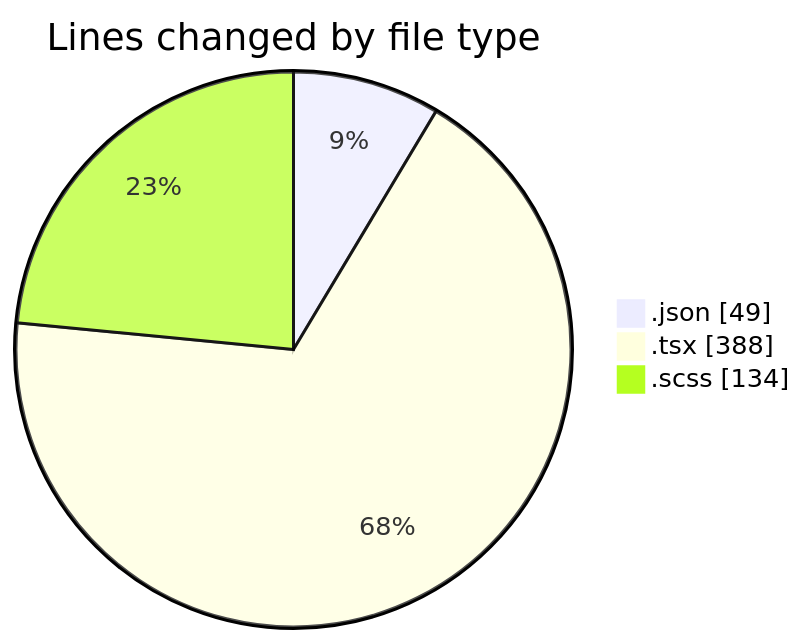
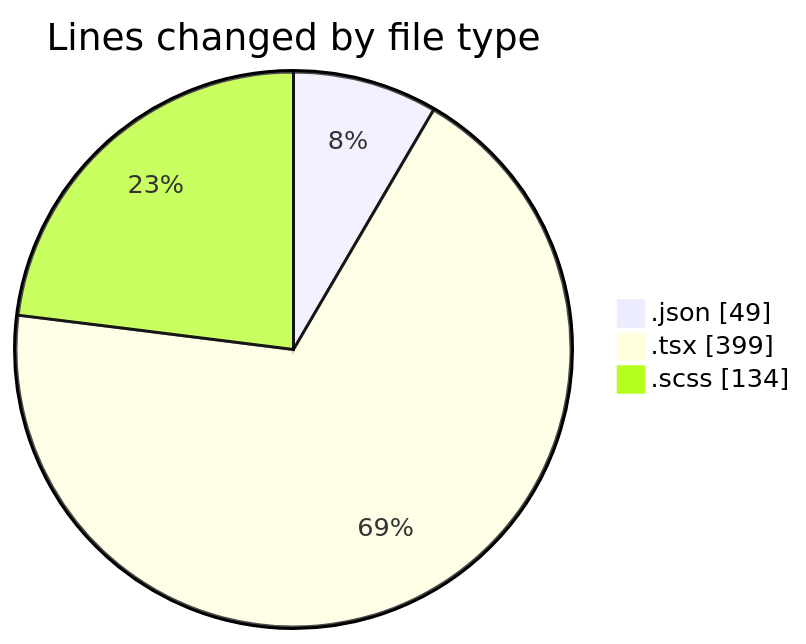
One commit to momahboobian/code-tracking changed the first of 2 diagrams in 2025-08-20/cda/README.md. Above: the diagram before and after it, drawn with Mermaid. The commit also changed other lines of this file and 1 other file, not shown here.

````diff
--- a/2025-08-20/cda/README.md
+++ b/2025-08-20/cda/README.md
@@ -23,7 +23,7 @@
 ```mermaid
 pie showData
 title Lines changed by file type
 ".json" : 49
-".tsx" : 388
+".tsx" : 399
 ".scss" : 134
 ```
````
